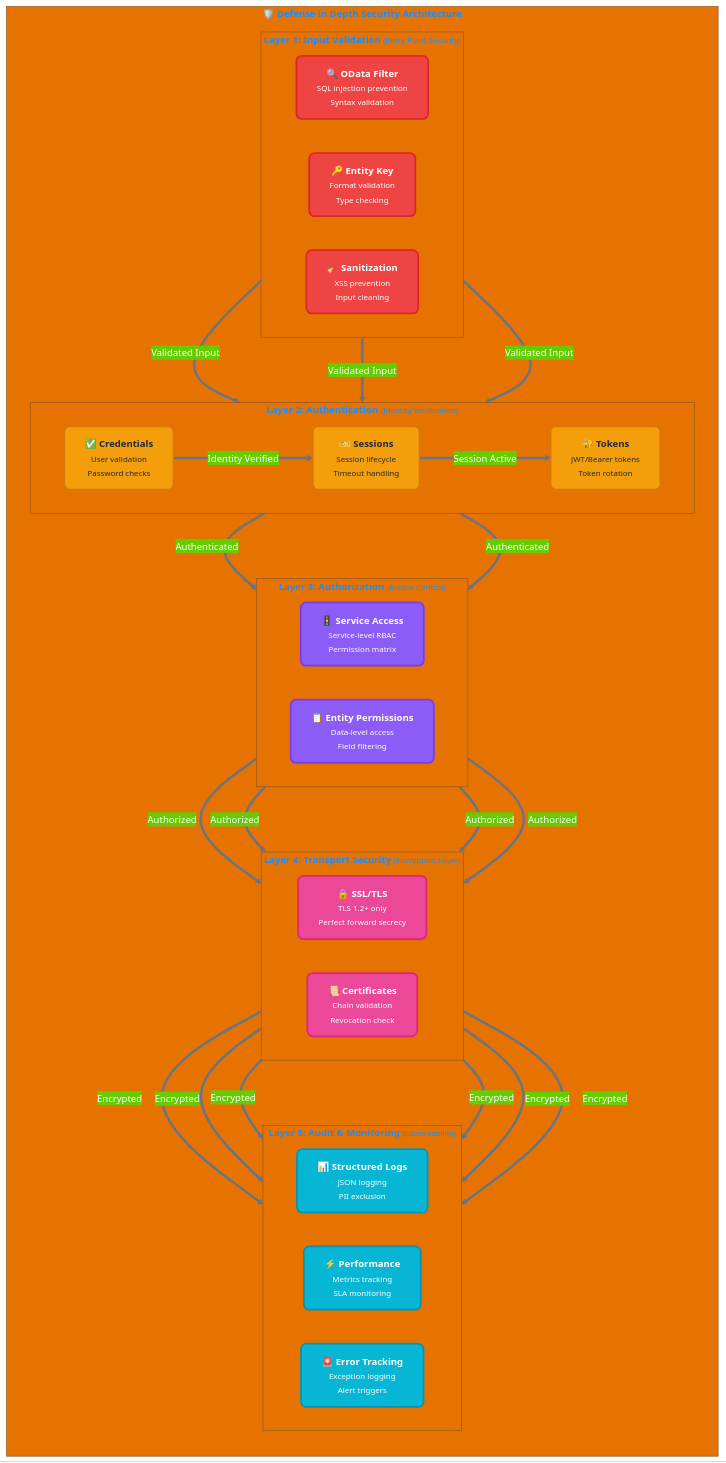
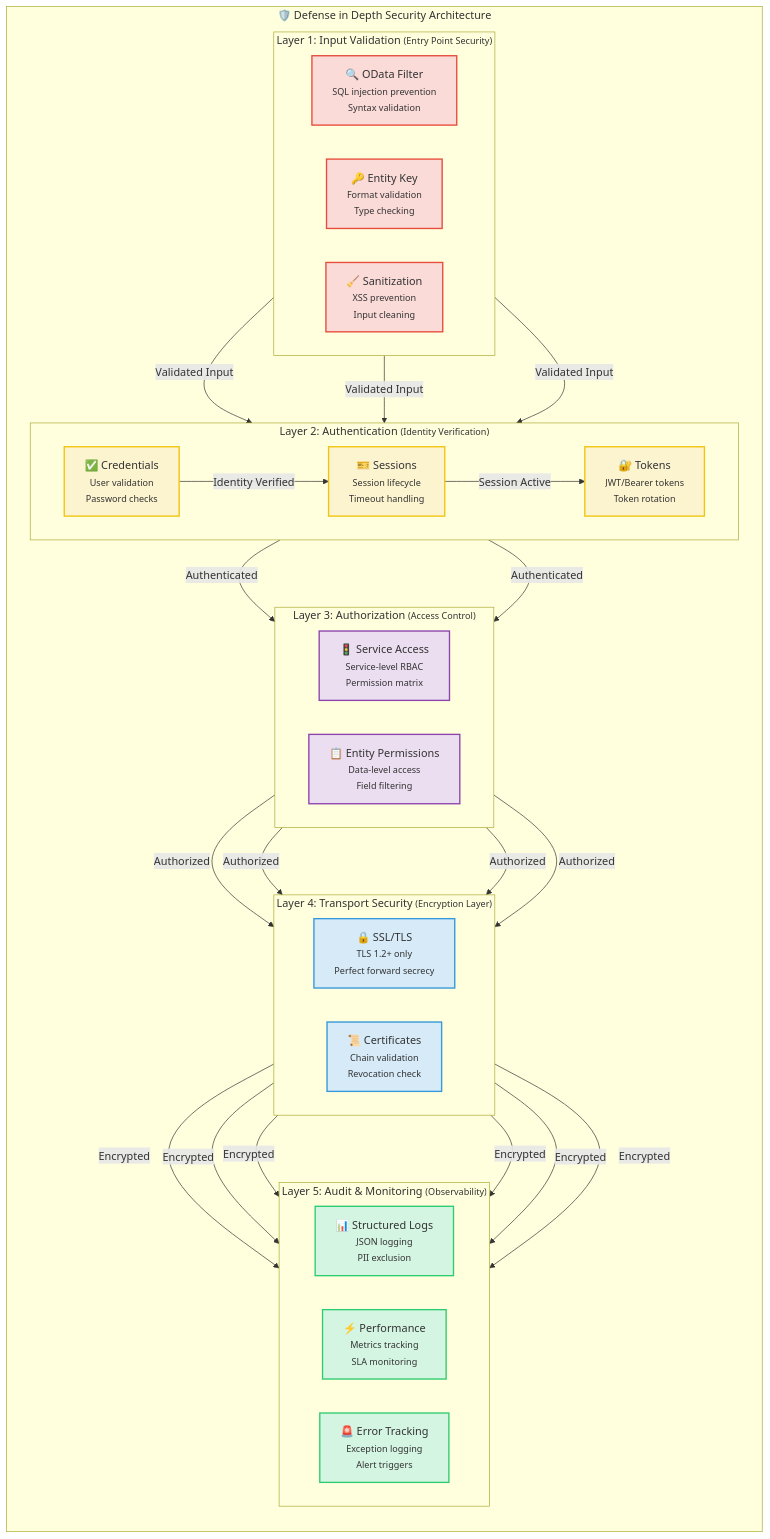
The fifth of 5 diagrams in README.md (midasol/sap-mcp-server), drawn with Mermaid before and after one commit. The commit also changed other lines of this file, not shown here.

````diff
--- a/README.md
+++ b/README.md
@@ -305,53 +328,58 @@
 ```mermaid
-%%{init: {'theme':'base', 'themeVariables': { 'primaryColor':'#0066CC','primaryTextColor':'#FFFFFF','primaryBorderColor':'#004C99','lineColor':'#64748B','fontSize':'14px','fontFamily':'system-ui, -apple-system, sans-serif'}}}%%
 graph TB
-    subgraph security["<b>🛡️ Defense in Depth Security Architecture</b>"]
+    subgraph security["🛡️ Defense in Depth Security Architecture"]
         direction TB
 
-        subgraph layer1["<b>Layer 1: Input Validation</b> <small>(Entry Point Security)</small>"]
+        subgraph layer1["Layer 1: Input Validation <small>(Entry Point Security)</small>"]
             direction LR
-            L1A["<b>🔍 OData Filter</b><br/><small>SQL injection prevention</small><br/><small>Syntax validation</small>"]:::inputNode
-            L1B["<b>🔑 Entity Key</b><br/><small>Format validation</small><br/><small>Type checking</small>"]:::inputNode
-            L1C["<b>🧹 Sanitization</b><br/><small>XSS prevention</small><br/><small>Input cleaning</small>"]:::inputNode
+            L1A["🔍 OData Filter<br/><small>SQL injection prevention</small><br/><small>Syntax validation</small>"]
+            L1B["🔑 Entity Key<br/><small>Format validation</small><br/><small>Type checking</small>"]
+            L1C["🧹 Sanitization<br/><small>XSS prevention</small><br/><small>Input cleaning</small>"]
         end
 
-        subgraph layer2["<b>Layer 2: Authentication</b> <small>(Identity Verification)</small>"]
+        subgraph layer2["Layer 2: Authentication <small>(Identity Verification)</small>"]
             direction LR
-            L2A["<b>✅ Credentials</b><br/><small>User validation</small><br/><small>Password checks</small>"]:::authNode
-            L2B["<b>🎫 Sessions</b><br/><small>Session lifecycle</small><br/><small>Timeout handling</small>"]:::authNode
-            L2C["<b>🔐 Tokens</b><br/><small>JWT/Bearer tokens</small><br/><small>Token rotation</small>"]:::authNode
+            L2A["✅ Credentials<br/><small>User validation</small><br/><small>Password checks</small>"]
+            L2B["🎫 Sessions<br/><small>Session lifecycle</small><br/><small>Timeout handling</small>"]
+            L2C["🔐 Tokens<br/><small>JWT/Bearer tokens</small><br/><small>Token rotation</small>"]
         end
 
-        subgraph layer3["<b>Layer 3: Authorization</b> <small>(Access Control)</small>"]
+        subgraph layer3["Layer 3: Authorization <small>(Access Control)</small>"]
             direction LR
-            L3A["<b>🚦 Service Access</b><br/><small>Service-level RBAC</small><br/><small>Permission matrix</small>"]:::authzNode
-            L3B["<b>📋 Entity Permissions</b><br/><small>Data-level access</small><br/><small>Field filtering</small>"]:::authzNode
+            L3A["🚦 Service Access<br/><small>Service-level RBAC</small><br/><small>Permission matrix</small>"]
+            L3B["📋 Entity Permissions<br/><small>Data-level access</small><br/><small>Field filtering</small>"]
         end
 
-        subgraph layer4["<b>Layer 4: Transport Security</b> <small>(Encryption Layer)</small>"]
+        subgraph layer4["Layer 4: Transport Security <small>(Encryption Layer)</small>"]
             direction LR
-            L4A["<b>🔒 SSL/TLS</b><br/><small>TLS 1.2+ only</small><br/><small>Perfect forward secrecy</small>"]:::transportNode
-            L4B["<b>📜 Certificates</b><br/><small>Chain validation</small><br/><small>Revocation check</small>"]:::transportNode
+            L4A["🔒 SSL/TLS<br/><small>TLS 1.2+ only</small><br/><small>Perfect forward secrecy</small>"]
+            L4B["📜 Certificates<br/><small>Chain validation</small><br/><small>Revocation check</small>"]
         end
 
-        subgraph layer5["<b>Layer 5: Audit & Monitoring</b> <small>(Observability)</small>"]
+        subgraph layer5["Layer 5: Audit & Monitoring <small>(Observability)</small>"]
             direction LR
-            L5A["<b>📊 Structured Logs</b><br/><small>JSON logging</small><br/><small>PII exclusion</small>"]:::auditNode
-            L5B["<b>⚡ Performance</b><br/><small>Metrics tracking</small><br/><small>SLA monitoring</small>"]:::auditNode
-            L5C["<b>🚨 Error Tracking</b><br/><small>Exception logging</small><br/><small>Alert triggers</small>"]:::auditNode
+            L5A["📊 Structured Logs<br/><small>JSON logging</small><br/><small>PII exclusion</small>"]
+            L5B["⚡ Performance<br/><small>Metrics tracking</small><br/><small>SLA monitoring</small>"]
+            L5C["🚨 Error Tracking<br/><small>Exception logging</small><br/><small>Alert triggers</small>"]
         end
     end
 
-    L1A & L1B & L1C ==>|"Validated Input"| L2A
-    L2A ==>|"Identity Verified"| L2B
-    L2B ==>|"Session Active"| L2C
-    L2C ==>|"Authenticated"| L3A & L3B
-    L3A & L3B ==>|"Authorized"| L4A & L4B
-    L4A & L4B ==>|"Encrypted"| L5A & L5B & L5C
+    L1A & L1B & L1C -->|Validated Input| L2A
+    L2A -->|Identity Verified| L2B
+    L2B -->|Session Active| L2C
+    L2C -->|Authenticated| L3A & L3B
+    L3A & L3B -->|Authorized| L4A & L4B
+    L4A & L4B -->|Encrypted| L5A & L5B & L5C
 
-    classDef inputNode fill:#EF4444,stroke:#DC2626,stroke-width:2.5px,color:#FFFFFF,rx:8,ry:8
-    classDef authNode fill:#F59E0B,stroke:#D97706,stroke-width:2.5px,color:#1F2937,rx:8,ry:8
-    classDef authzNode fill:#8B5CF6,stroke:#7C3AED,stroke-width:2.5px,color:#FFFFFF,rx:8,ry:8
-    classDef transportNode fill:#EC4899,stroke:#DB2777,stroke-width:2.5px,color:#FFFFFF,rx:8,ry:8
-    classDef auditNode fill:#06B6D4,stroke:#0891B2,stroke-width:2.5px,color:#FFFFFF,rx:8,ry:8
+    classDef inputNode fill:#FADBD8,stroke:#E74C3C,stroke-width:2px
+    classDef authNode fill:#FCF3CF,stroke:#F1C40F,stroke-width:2px
+    classDef authzNode fill:#EBDEF0,stroke:#8E44AD,stroke-width:2px
+    classDef transportNode fill:#D6EAF8,stroke:#3498DB,stroke-width:2px
+    classDef auditNode fill:#D5F5E3,stroke:#2ECC71,stroke-width:2px
+
+    class L1A,L1B,L1C inputNode
+    class L2A,L2B,L2C authNode
+    class L3A,L3B authzNode
+    class L4A,L4B transportNode
+    class L5A,L5B,L5C auditNode
 ```
````
